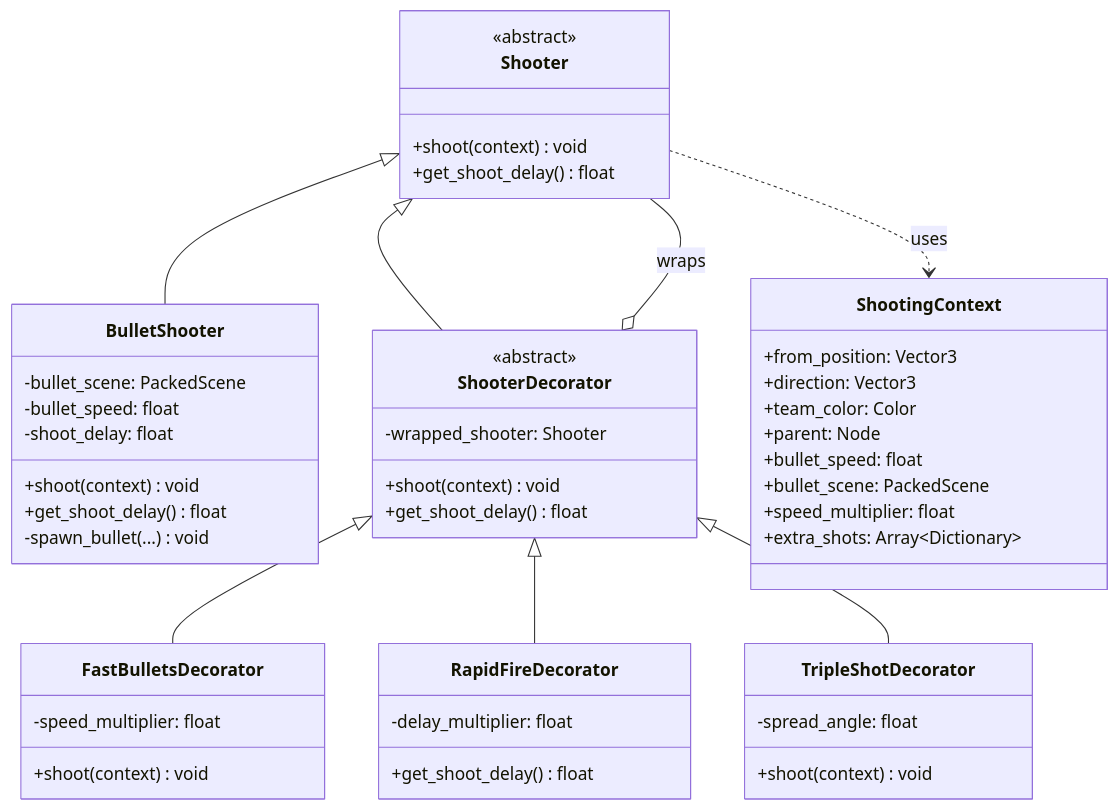
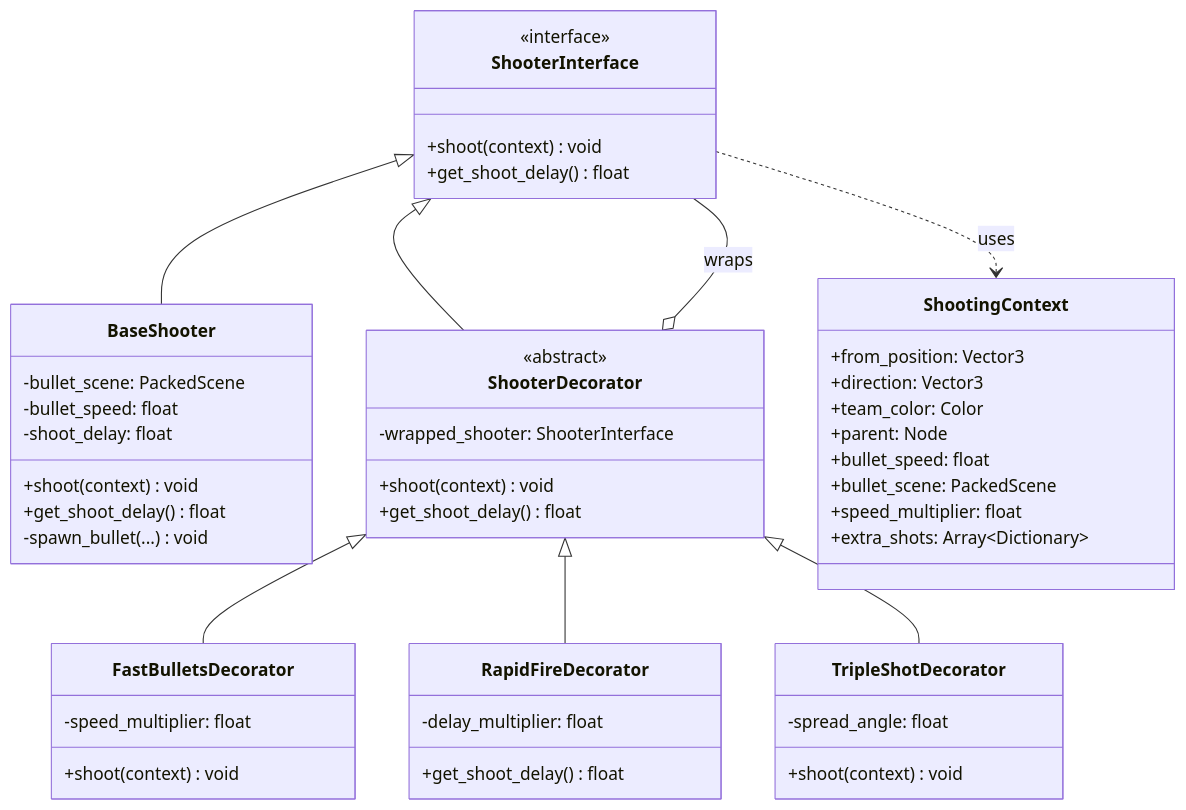
The second of 2 diagrams in game/docs/decorator-architecture.md (theowiik/project-epic-footsies-2), drawn with Mermaid before and after one commit. The commit also changed other lines of this file and 25 other files, not shown here.

````diff
--- a/game/docs/decorator-architecture.md
+++ b/game/docs/decorator-architecture.md
@@ -71,58 +71,58 @@
 ```mermaid
 classDiagram
-    class Shooter {
-        <<abstract>>
+    class ShooterInterface {
+        <<interface>>
         +shoot(context) void
         +get_shoot_delay() float
     }
 
-    class BulletShooter {
+    class BaseShooter {
         -bullet_scene: PackedScene
         -bullet_speed: float
         -shoot_delay: float
         +shoot(context) void
         +get_shoot_delay() float
         -spawn_bullet(...) void
     }
 
     class ShooterDecorator {
         <<abstract>>
-        -wrapped_shooter: Shooter
+        -wrapped_shooter: ShooterInterface
         +shoot(context) void
         +get_shoot_delay() float
     }
 
     class FastBulletsDecorator {
         -speed_multiplier: float
         +shoot(context) void
     }
 
     class RapidFireDecorator {
         -delay_multiplier: float
         +get_shoot_delay() float
     }
 
     class TripleShotDecorator {
         -spread_angle: float
         +shoot(context) void
     }
 
     class ShootingContext {
         +from_position: Vector3
         +direction: Vector3
         +team_color: Color
         +parent: Node
         +bullet_speed: float
         +bullet_scene: PackedScene
         +speed_multiplier: float
         +extra_shots: Array~Dictionary~
     }
 
-    Shooter <|-- BulletShooter
-    Shooter <|-- ShooterDecorator
+    ShooterInterface <|-- BaseShooter
+    ShooterInterface <|-- ShooterDecorator
     ShooterDecorator <|-- FastBulletsDecorator
     ShooterDecorator <|-- RapidFireDecorator
     ShooterDecorator <|-- TripleShotDecorator
-    ShooterDecorator o-- Shooter : wraps
-    Shooter ..> ShootingContext : uses
+    ShooterDecorator o-- ShooterInterface : wraps
+    ShooterInterface ..> ShootingContext : uses
 ```
````
